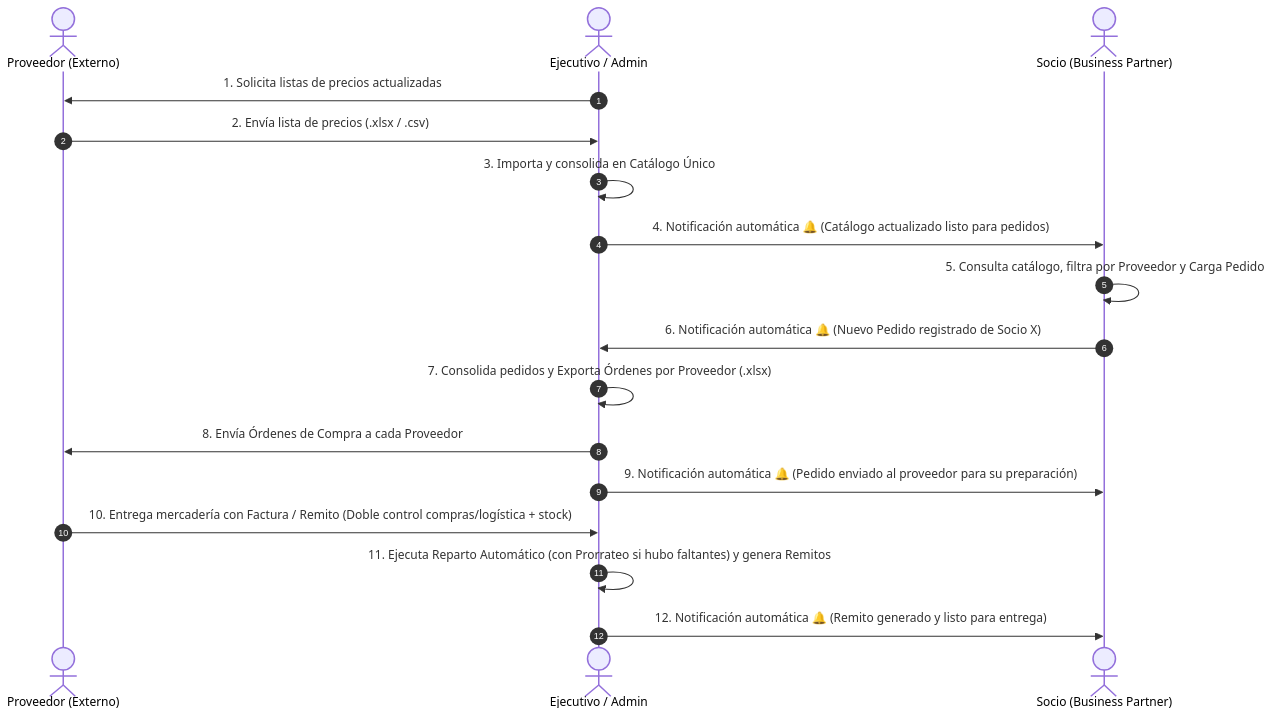
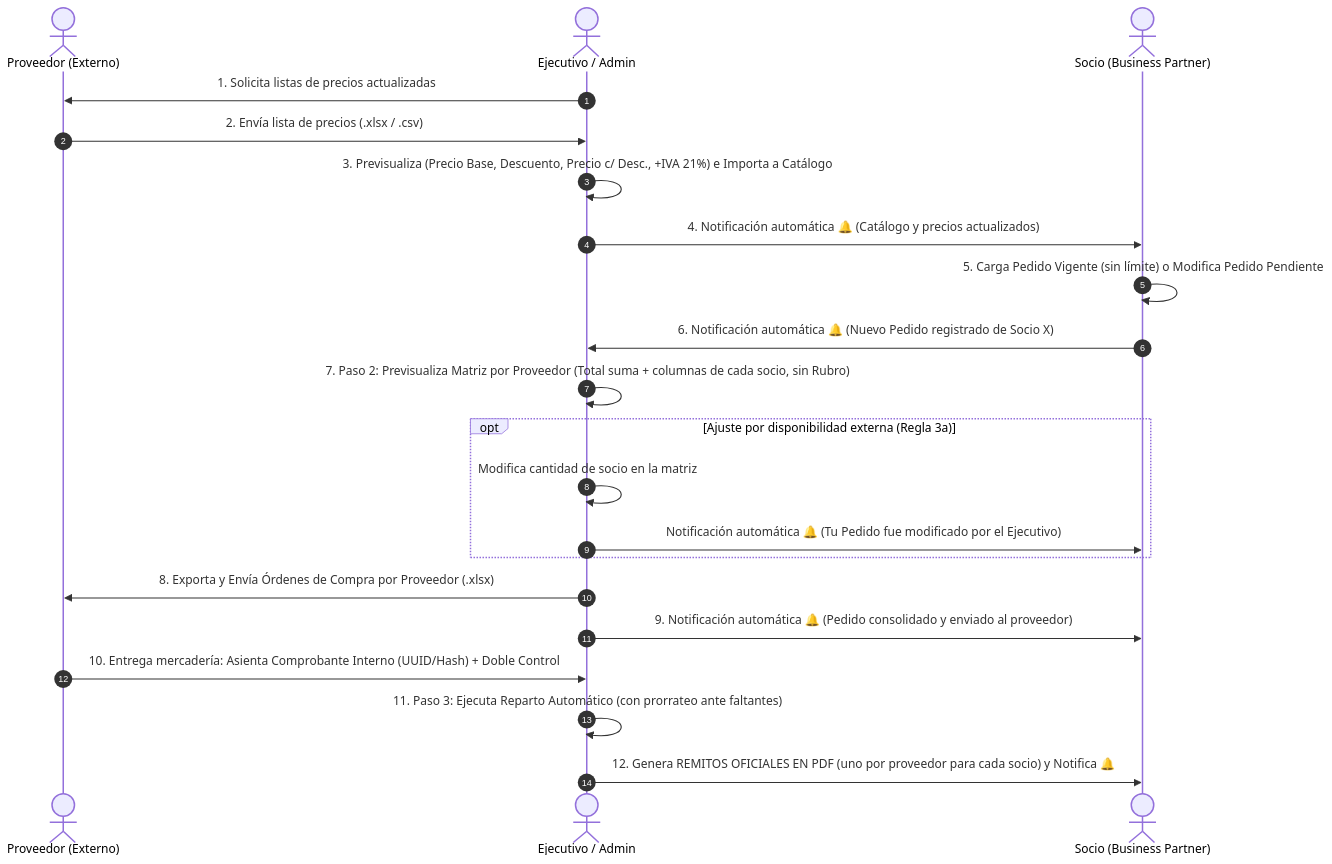
Before and after one commit to benitezluciano/rosario-compras-sistema: the diagram in WALKTHROUGH.md, drawn with Mermaid. The commit also changed other lines of this file and 32 other files, not shown here.

````diff
--- a/WALKTHROUGH.md
+++ b/WALKTHROUGH.md
@@ -15,20 +9,24 @@
 ```mermaid
 sequenceDiagram
     autonumber
     actor Prov as Proveedor (Externo)
     actor Ejec as Ejecutivo / Admin
     actor Socio as Socio (Business Partner)
 
     Ejec->>Prov: 1. Solicita listas de precios actualizadas
     Prov->>Ejec: 2. Envía lista de precios (.xlsx / .csv)
-    Ejec->>Ejec: 3. Importa y consolida en Catálogo Único
-    Ejec->>Socio: 4. Notificación automática 🔔 (Catálogo actualizado listo para pedidos)
-    Socio->>Socio: 5. Consulta catálogo, filtra por Proveedor y Carga Pedido
+    Ejec->>Ejec: 3. Previsualiza (Precio Base, Descuento, Precio c/ Desc., +IVA 21%) e Importa a Catálogo
+    Ejec->>Socio: 4. Notificación automática 🔔 (Catálogo y precios actualizados)
+    Socio->>Socio: 5. Carga Pedido Vigente (sin límite) o Modifica Pedido Pendiente
     Socio->>Ejec: 6. Notificación automática 🔔 (Nuevo Pedido registrado de Socio X)
-    Ejec->>Ejec: 7. Consolida pedidos y Exporta Órdenes por Proveedor (.xlsx)
-    Ejec->>Prov: 8. Envía Órdenes de Compra a cada Proveedor
-    Ejec->>Socio: 9. Notificación automática 🔔 (Pedido enviado al proveedor para su preparación)
-    Prov->>Ejec: 10. Entrega mercadería con Factura / Remito (Doble control compras/logística + stock)
-    Ejec->>Ejec: 11. Ejecuta Reparto Automático (con Prorrateo si hubo faltantes) y genera Remitos
-    Ejec->>Socio: 12. Notificación automática 🔔 (Remito generado y listo para entrega)
+    Ejec->>Ejec: 7. Paso 2: Previsualiza Matriz por Proveedor (Total suma + columnas de cada socio, sin Rubro)
+    opt Ajuste por disponibilidad externa (Regla 3a)
+        Ejec->>Ejec: Modifica cantidad de socio en la matriz
+        Ejec->>Socio: Notificación automática 🔔 (Tu Pedido fue modificado por el Ejecutivo)
+    end
+    Ejec->>Prov: 8. Exporta y Envía Órdenes de Compra por Proveedor (.xlsx)
+    Ejec->>Socio: 9. Notificación automática 🔔 (Pedido consolidado y enviado al proveedor)
+    Prov->>Ejec: 10. Entrega mercadería: Asienta Comprobante Interno (UUID/Hash) + Doble Control
+    Ejec->>Ejec: 11. Paso 3: Ejecuta Reparto Automático (con prorrateo ante faltantes)
+    Ejec->>Socio: 12. Genera REMITOS OFICIALES EN PDF (uno por proveedor para cada socio) y Notifica 🔔
 ```
````
